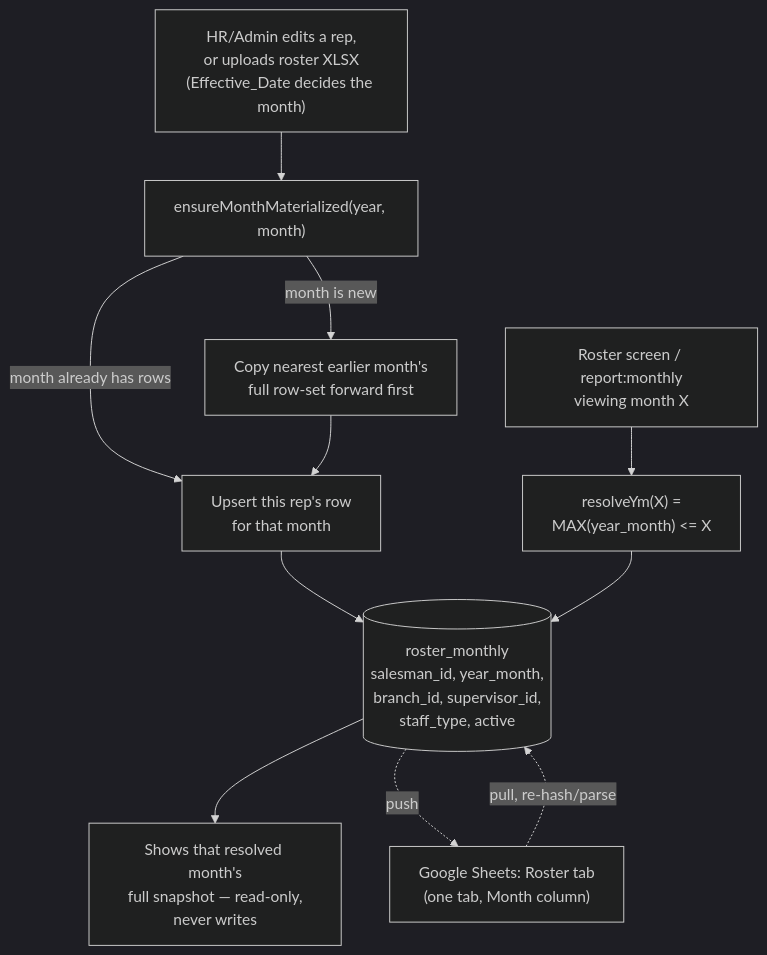
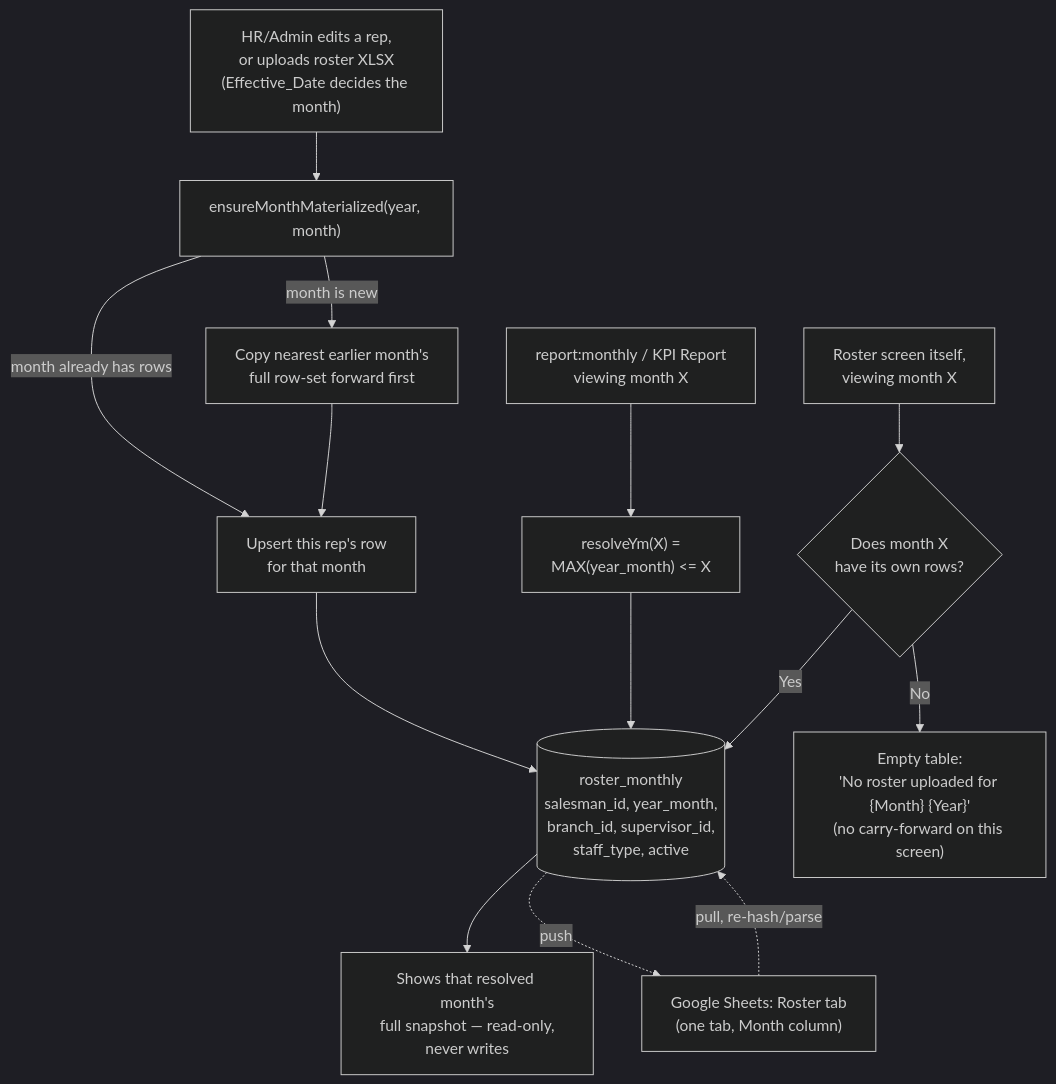
The fourth of 6 diagrams in FLOWCHART.md (Tocknpn/KPV_KPI_tracking), drawn with Mermaid (dark theme) before and after one commit. The commit also changed other lines of this file and 12 other files, not shown here.

````diff
--- a/FLOWCHART.md
+++ b/FLOWCHART.md
@@ -99,15 +105,19 @@
 ```mermaid
 flowchart TD
     EDIT["HR/Admin edits a rep,\nor uploads roster XLSX\n(Effective_Date decides the month)"] --> ENSURE["ensureMonthMaterialized(year, month)"]
     ENSURE -->|month already has rows| UPSERT["Upsert this rep's row\nfor that month"]
     ENSURE -->|month is new| COPY["Copy nearest earlier month's\nfull row-set forward first"]
     COPY --> UPSERT
     UPSERT --> TABLE[("roster_monthly\nsalesman_id, year_month,\nbranch_id, supervisor_id,\nstaff_type, active")]
 
-    VIEW["Roster screen / report:monthly\nviewing month X"] --> RESOLVE["resolveYm(X) =\nMAX(year_month) <= X"]
+    VIEW["report:monthly / KPI Report\nviewing month X"] --> RESOLVE["resolveYm(X) =\nMAX(year_month) <= X"]
     RESOLVE --> TABLE
     TABLE --> SHOW["Shows that resolved month's\nfull snapshot — read-only,\nnever writes"]
+
+    ROSTERVIEW["Roster screen itself,\nviewing month X"] --> EXACT{"Does month X\nhave its own rows?"}
+    EXACT -->|Yes| TABLE
+    EXACT -->|No| EMPTY["Empty table:\n'No roster uploaded for {Month} {Year}'\n(no carry-forward on this screen)"]
 
     TABLE -.->|push| ROSTERSHEET["Google Sheets: Roster tab\n(one tab, Month column)"]
     ROSTERSHEET -.->|pull, re-hash/parse| TABLE
 ```
````
